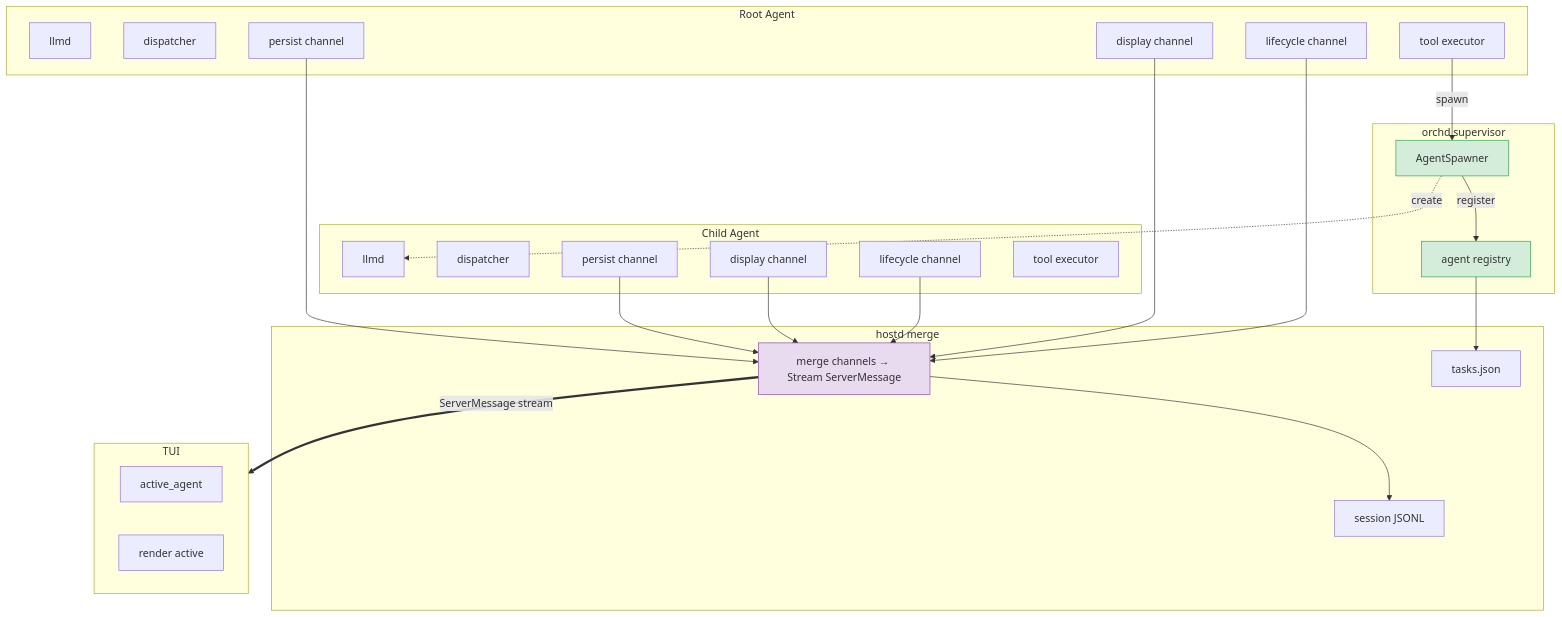
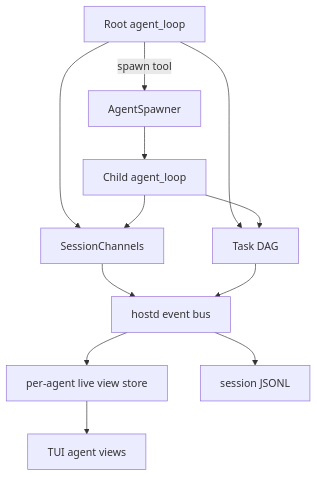
Before and after one commit to biuld/piko: the second of 2 diagrams in docs/stream-architecture.md, drawn with Mermaid. The commit also changed other lines of this file and 29 other files, not shown here.

First line of the commit message:
feat: per-task agent view replay, async dispatch, and task-id tracking

````diff
--- a/docs/stream-architecture.md
+++ b/docs/stream-architecture.md
@@ -177,52 +206,24 @@
 ```mermaid
 graph TD
-  subgraph ROOT[Root Agent]
-    R_LLMD[llmd]
-    R_DISP[dispatcher]
-    R_PERSIST[persist channel]
-    R_DISPLAY[display channel]
-    R_LIFECYCLE[lifecycle channel]
-    R_EXEC[tool executor]
-  end
+  ROOT[Root agent_loop]
+  CHILD[Child agent_loop]
+  SPAWNER[AgentSpawner]
+  DAG[Task DAG]
+  CHANNELS[SessionChannels]
+  HOSTD[hostd event bus]
+  VIEWS[per-agent live view store]
+  TUI[TUI agent views]
+  JSONL[session JSONL]
 
-  subgraph CHILD[Child Agent]
-    C_LLMD[llmd]
-    C_DISP[dispatcher]
-    C_PERSIST[persist channel]
-    C_DISPLAY[display channel]
-    C_LIFECYCLE[lifecycle channel]
-    C_EXEC[tool executor]
-  end
-
-  subgraph ORCHD[orchd supervisor]
-    REG[agent registry]
-    SPAWNER[AgentSpawner]
-  end
-
-  subgraph HOSTD[hostd merge]
-    MERGE[merge channels → Stream ServerMessage]
-    JSONL[session JSONL]
-    SIDECAR[tasks.json]
-  end
-
-  subgraph TUI[TUI]
-    ACTIVE[active_agent]
-    RENDER[render active]
-  end
-
-  R_EXEC -->|spawn| SPAWNER
-  SPAWNER -->|register| REG
-  SPAWNER -.->|create| C_LLMD
-
-  R_PERSIST & C_PERSIST --> MERGE
-  R_DISPLAY & C_DISPLAY --> MERGE
-  R_LIFECYCLE & C_LIFECYCLE --> MERGE
-
-  MERGE --> JSONL
-  MERGE == ServerMessage stream ==> TUI
-  REG --> SIDECAR
-
-  style REG fill:#d4edda,stroke:#28a745
-  style SPAWNER fill:#d4edda,stroke:#28a745
-  style MERGE fill:#e8daef,stroke:#8e44ad
+  ROOT -->|spawn tool| SPAWNER
+  SPAWNER --> CHILD
+  ROOT --> CHANNELS
+  CHILD --> CHANNELS
+  ROOT --> DAG
+  CHILD --> DAG
+  CHANNELS --> HOSTD
+  DAG --> HOSTD
+  HOSTD --> VIEWS
+  HOSTD --> JSONL
+  VIEWS --> TUI
 ```
````
